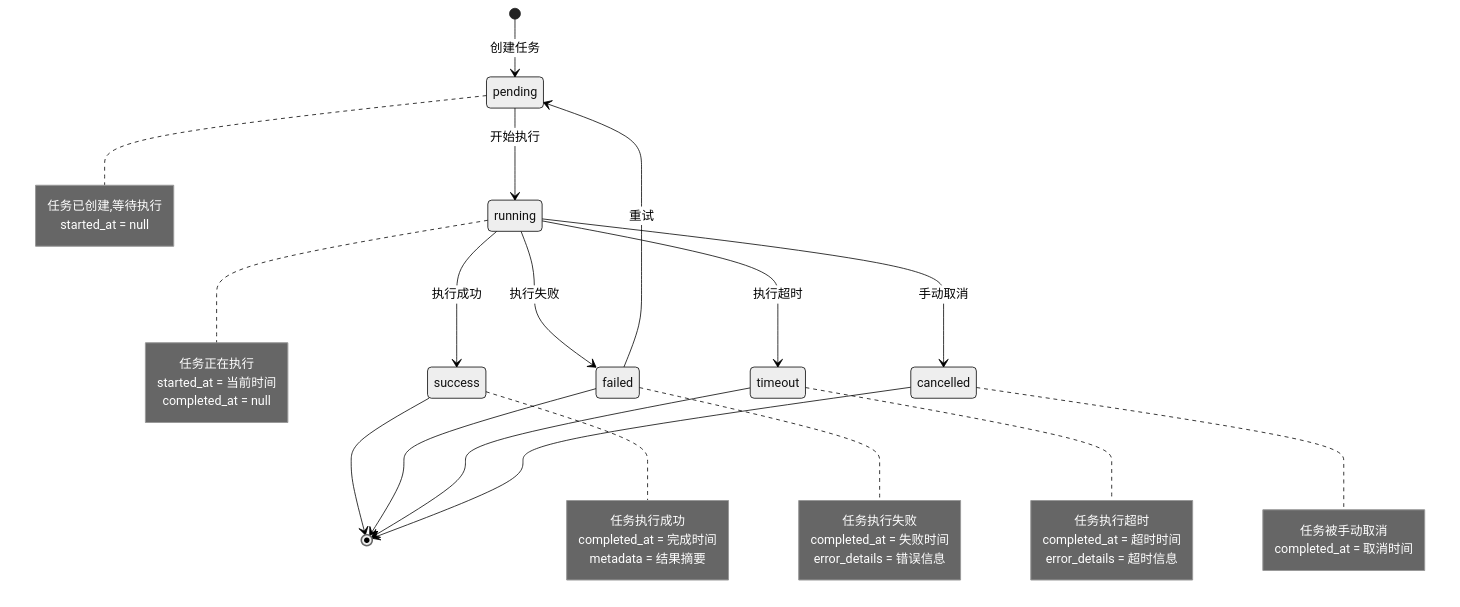
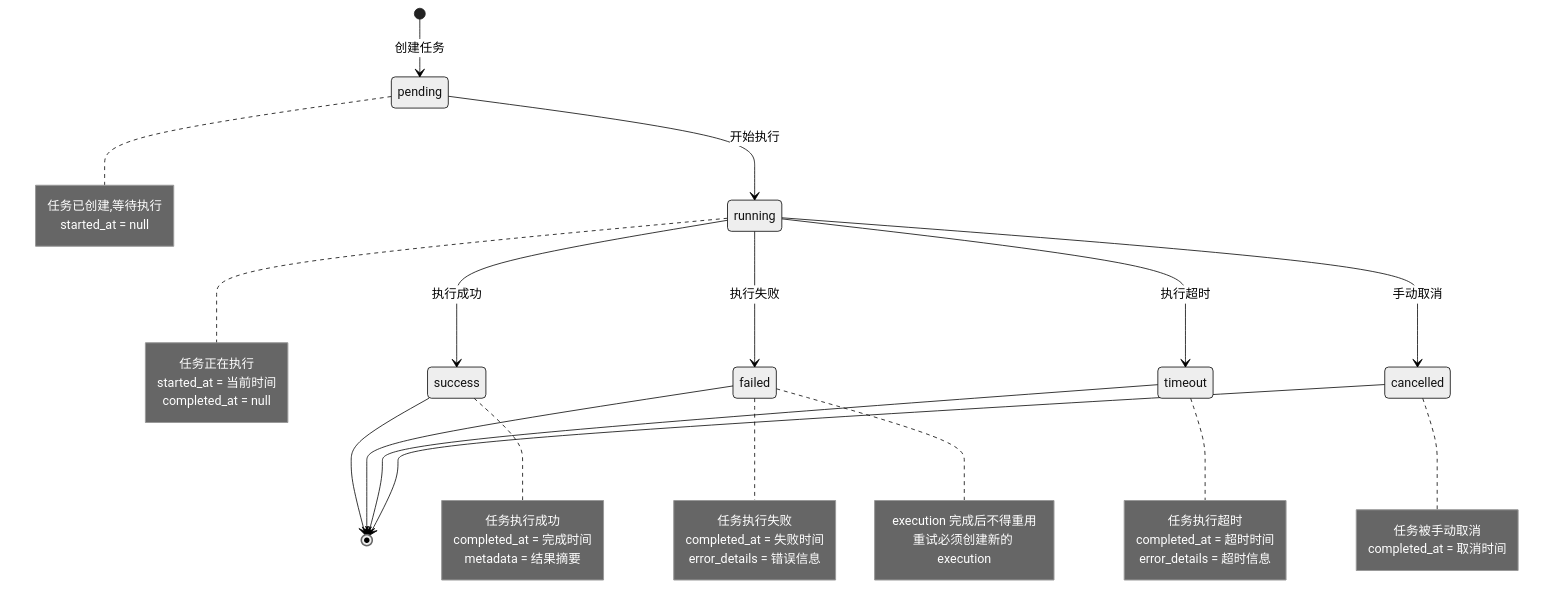
Before and after one commit to pampa0629/addp: the second of 3 diagrams in docs/concepts/addp监控与执行体系图.md, drawn with Mermaid (neutral theme). The commit also changed other lines of this file and 44 other files, not shown here.

````diff
--- a/docs/concepts/addp监控与执行体系图.md
+++ b/docs/concepts/addp监控与执行体系图.md
@@ -95,49 +95,53 @@
 ```mermaid
 stateDiagram-v2
     [*] --> pending: 创建任务
     pending --> running: 开始执行
     running --> success: 执行成功
     running --> failed: 执行失败
     running --> timeout: 执行超时
     running --> cancelled: 手动取消
 
     success --> [*]
-    failed --> pending: 重试
     failed --> [*]
     timeout --> [*]
     cancelled --> [*]
 
     note right of pending
         任务已创建,等待执行
         started_at = null
     end note
 
     note right of running
         任务正在执行
         started_at = 当前时间
         completed_at = null
     end note
 
     note right of success
         任务执行成功
         completed_at = 完成时间
         metadata = 结果摘要
     end note
 
     note right of failed
         任务执行失败
         completed_at = 失败时间
         error_details = 错误信息
     end note
 
     note right of timeout
         任务执行超时
         completed_at = 超时时间
         error_details = 超时信息
     end note
 
     note right of cancelled
         任务被手动取消
         completed_at = 取消时间
     end note
+
+    note right of failed
+        execution 完成后不得重用
+        重试必须创建新的 execution
+    end note
 ```
````
